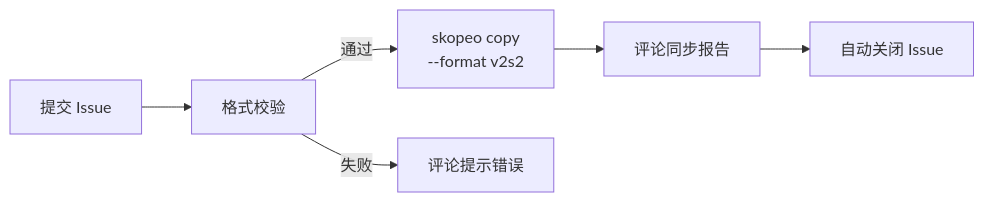
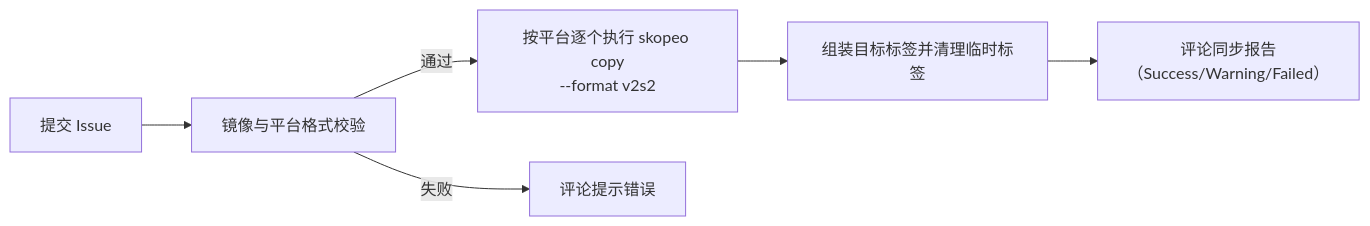
Before and after one commit to SuperMarioYL/registry-mirror: the diagram in README.md, drawn with Mermaid. The commit also changed other lines of this file and 4 other files, not shown here.

````diff
--- a/README.md
+++ b/README.md
@@ -7,8 +7,8 @@
 ```mermaid
 flowchart LR
-    A["提交 Issue"] --> B["格式校验"]
-    B -->|"通过"| C["skopeo copy\n--format v2s2"]
+    A["提交 Issue"] --> B["镜像与平台格式校验"]
+    B -->|"通过"| C["按平台逐个执行 skopeo copy\n--format v2s2"]
     B -->|"失败"| D["评论提示错误"]
-    C --> E["评论同步报告"]
-    E --> F["自动关闭 Issue"]
+    C --> E["组装目标标签并清理临时标签"]
+    E --> F["评论同步报告（Success/Warning/Failed）"]
 ```
````
